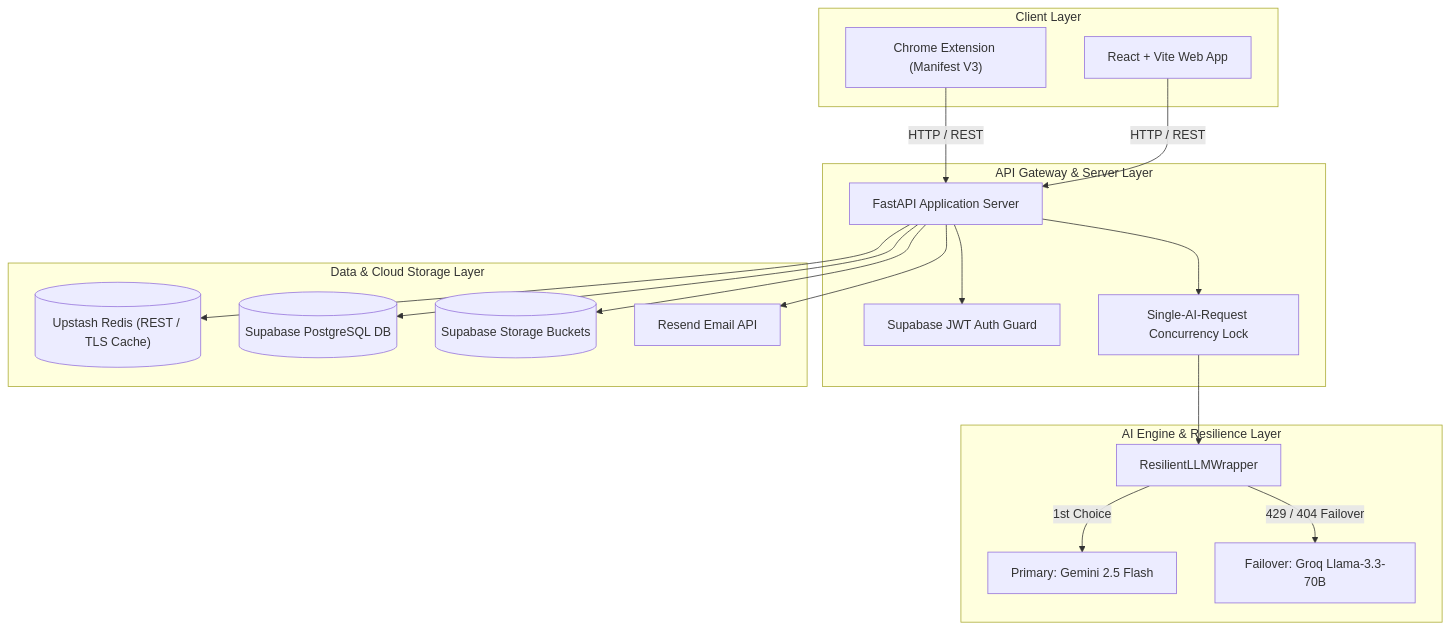
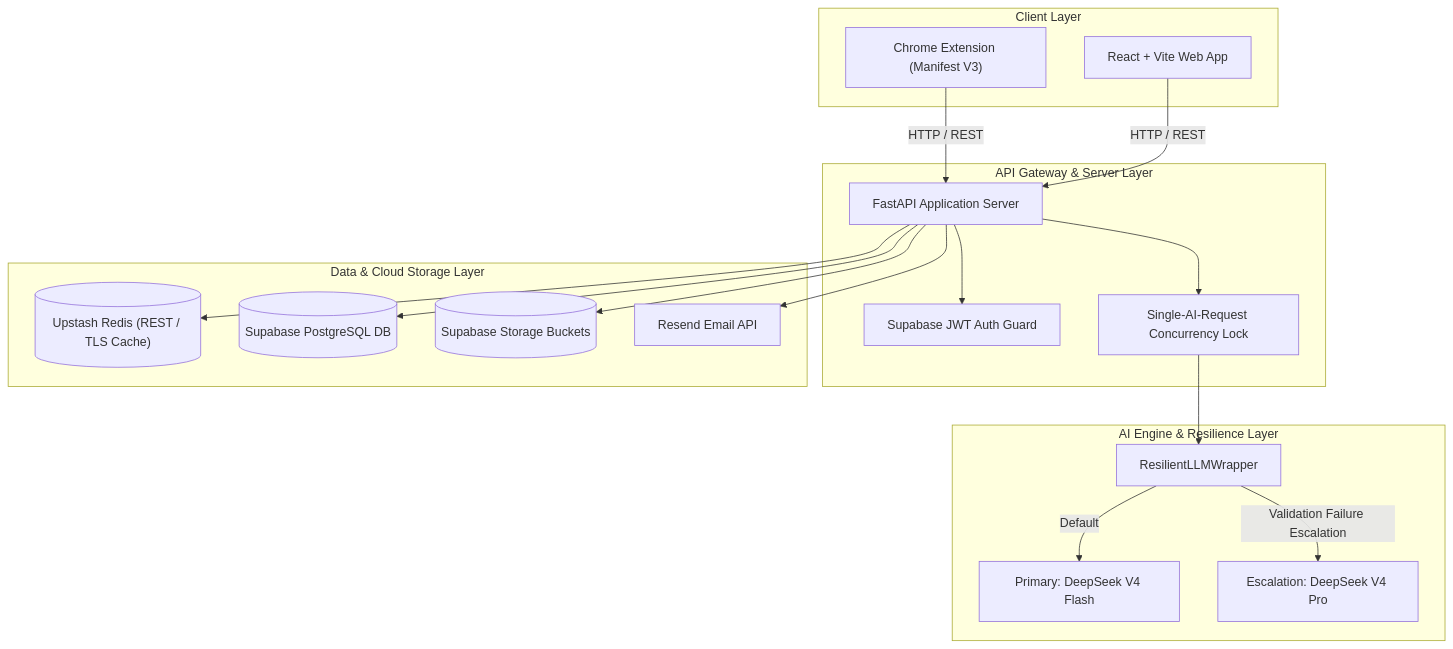
Before and after one commit to Narendra-bot07/chrome-extension: the diagram in docs/PROJECT_ARCHITECTURAL_SUMMARY.md, drawn with Mermaid. The commit also changed other lines of this file and 108 other files, not shown here.

````diff
--- a/docs/PROJECT_ARCHITECTURAL_SUMMARY.md
+++ b/docs/PROJECT_ARCHITECTURAL_SUMMARY.md
@@ -33,38 +33,38 @@
 ```mermaid
 graph TD
     subgraph Client Layer
         CE["Chrome Extension (Manifest V3)"]
         WEB["React + Vite Web App"]
     end
 
     subgraph API Gateway & Server Layer
         API["FastAPI Application Server"]
         AUTH["Supabase JWT Auth Guard"]
         LOCK["Single-AI-Request Concurrency Lock"]
     end
 
     subgraph AI Engine & Resilience Layer
         WRAP["ResilientLLMWrapper"]
-        GEMINI["Primary: Gemini 2.5 Flash"]
-        GROQ["Failover: Groq Llama-3.3-70B"]
+        FLASH["Primary: DeepSeek V4 Flash"]
+        PRO["Escalation: DeepSeek V4 Pro"]
     end
 
     subgraph Data & Cloud Storage Layer
         REDIS[("Upstash Redis (REST / TLS Cache)")]
         SUPA_DB[("Supabase PostgreSQL DB")]
         SUPA_STORE[("Supabase Storage Buckets")]
         RESEND["Resend Email API"]
     end
 
     CE -->|HTTP / REST| API
     WEB -->|HTTP / REST| API
     API --> AUTH
     API --> LOCK
     LOCK --> WRAP
-    WRAP -->|1st Choice| GEMINI
-    WRAP -->|429 / 404 Failover| GROQ
+    WRAP -->|Default| FLASH
+    WRAP -->|Validation Failure Escalation| PRO
     API --> REDIS
     API --> SUPA_DB
     API --> SUPA_STORE
     API --> RESEND
 ```
````
